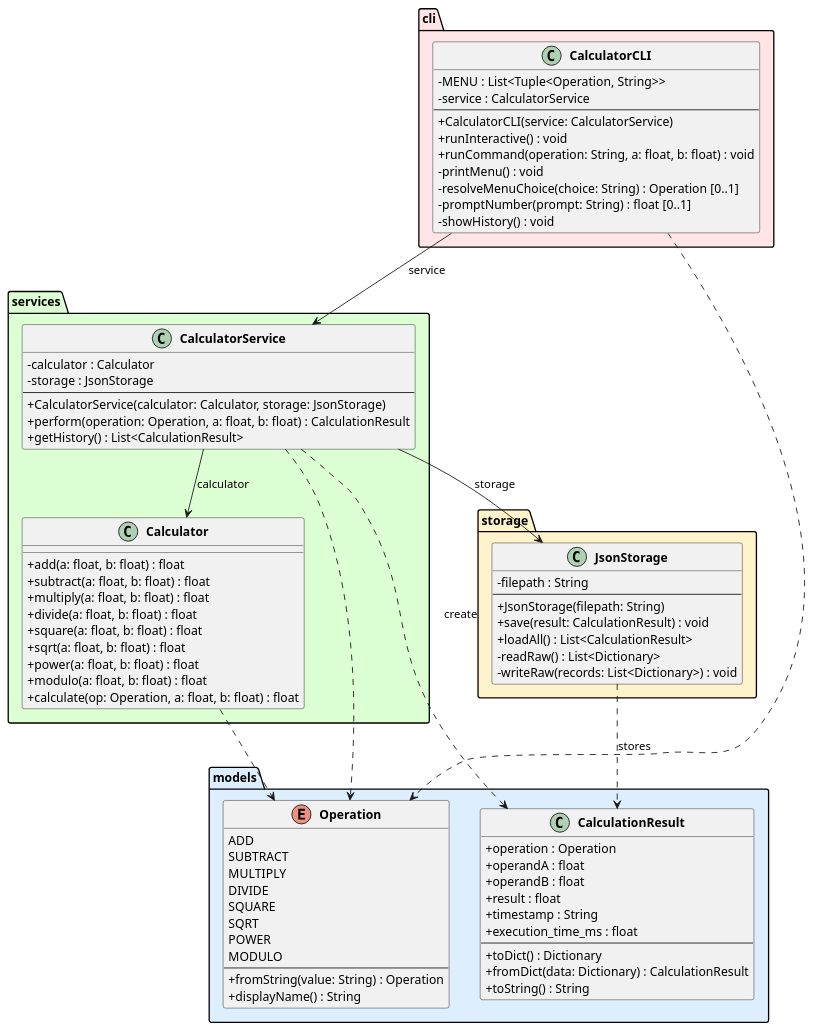
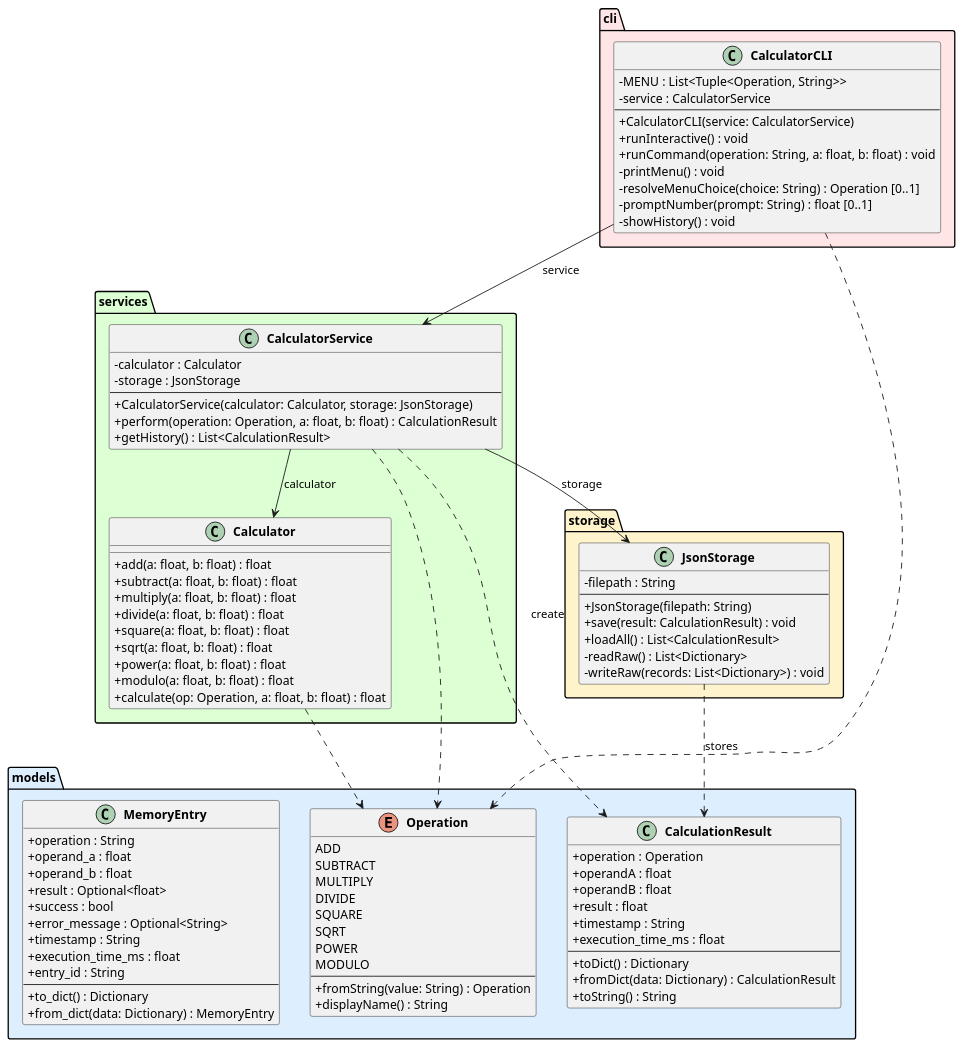
Before and after one commit to DanielRiha8906/Software_autoevolution_using_agents: the diagram in experiments/broadcast/structured_text/calculator/artifacts/class_diagram.puml, drawn with PlantUML. The commit also changed 5 other files, not shown here.

First line of the commit message:
task 03: Introduce MemoryEntry domain class

```diff
--- a/experiments/broadcast/structured_text/calculator/artifacts/class_diagram.puml
+++ b/experiments/broadcast/structured_text/calculator/artifacts/class_diagram.puml
@@ -1,95 +1,110 @@
 @startuml class_diagram
 
 skinparam classAttributeIconSize 0
 skinparam classFontStyle bold
 
 package "models" #DDEEFF {
     enum Operation {
         ADD
         SUBTRACT
         MULTIPLY
         DIVIDE
         SQUARE
         SQRT
         POWER
         MODULO
         --
         +fromString(value: String) : Operation
         +displayName() : String
     }
 
     class CalculationResult {
         +operation : Operation
         +operandA : float
         +operandB : float
         +result : float
         +timestamp : String
         +execution_time_ms : float
         --
         +toDict() : Dictionary
         +fromDict(data: Dictionary) : CalculationResult
         +toString() : String
+    }
+
+    class MemoryEntry {
+        +operation : String
+        +operand_a : float
+        +operand_b : float
+        +result : Optional<float>
+        +success : bool
+        +error_message : Optional<String>
+        +timestamp : String
+        +execution_time_ms : float
+        +entry_id : String
+        --
+        +to_dict() : Dictionary
+        +from_dict(data: Dictionary) : MemoryEntry
     }
 }
 
 package "services" #DDFFD4 {
     class Calculator {
         +add(a: float, b: float) : float
         +subtract(a: float, b: float) : float
         +multiply(a: float, b: float) : float
         +divide(a: float, b: float) : float
         +square(a: float, b: float) : float
         +sqrt(a: float, b: float) : float
         +power(a: float, b: float) : float
         +modulo(a: float, b: float) : float
         +calculate(op: Operation, a: float, b: float) : float
     }
 
     class CalculatorService {
         -calculator : Calculator
         -storage : JsonStorage
         --
         +CalculatorService(calculator: Calculator, storage: JsonStorage)
         +perform(operation: Operation, a: float, b: float) : CalculationResult
         +getHistory() : List<CalculationResult>
     }
 }
 
 package "storage" #FFF3CC {
     class JsonStorage {
         -filepath : String
         --
         +JsonStorage(filepath: String)
         +save(result: CalculationResult) : void
         +loadAll() : List<CalculationResult>
         -readRaw() : List<Dictionary>
         -writeRaw(records: List<Dictionary>) : void
     }
 }
 
 package "cli" #FFE5E5 {
     class CalculatorCLI {
         -MENU : List<Tuple<Operation, String>>
         -service : CalculatorService
         --
         +CalculatorCLI(service: CalculatorService)
         +runInteractive() : void
         +runCommand(operation: String, a: float, b: float) : void
         -printMenu() : void
         -resolveMenuChoice(choice: String) : Operation [0..1]
         -promptNumber(prompt: String) : float [0..1]
         -showHistory() : void
     }
 }
 
 CalculatorCLI --> CalculatorService : service
 CalculatorService --> Calculator : calculator
 CalculatorService --> JsonStorage : storage
 
 CalculatorService ..> CalculationResult : create
 CalculatorService ..> Operation
 CalculatorCLI ..> Operation
 Calculator ..> Operation
 JsonStorage ..> CalculationResult : stores
 
 @enduml
```
